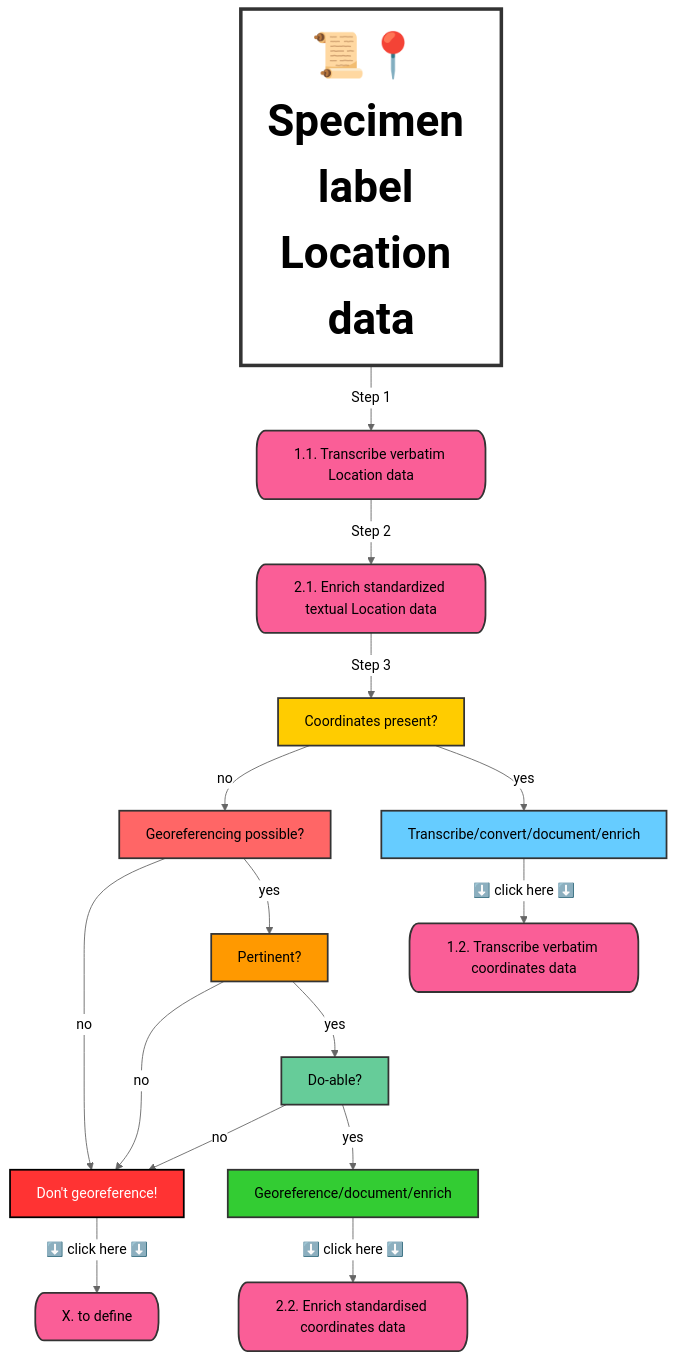
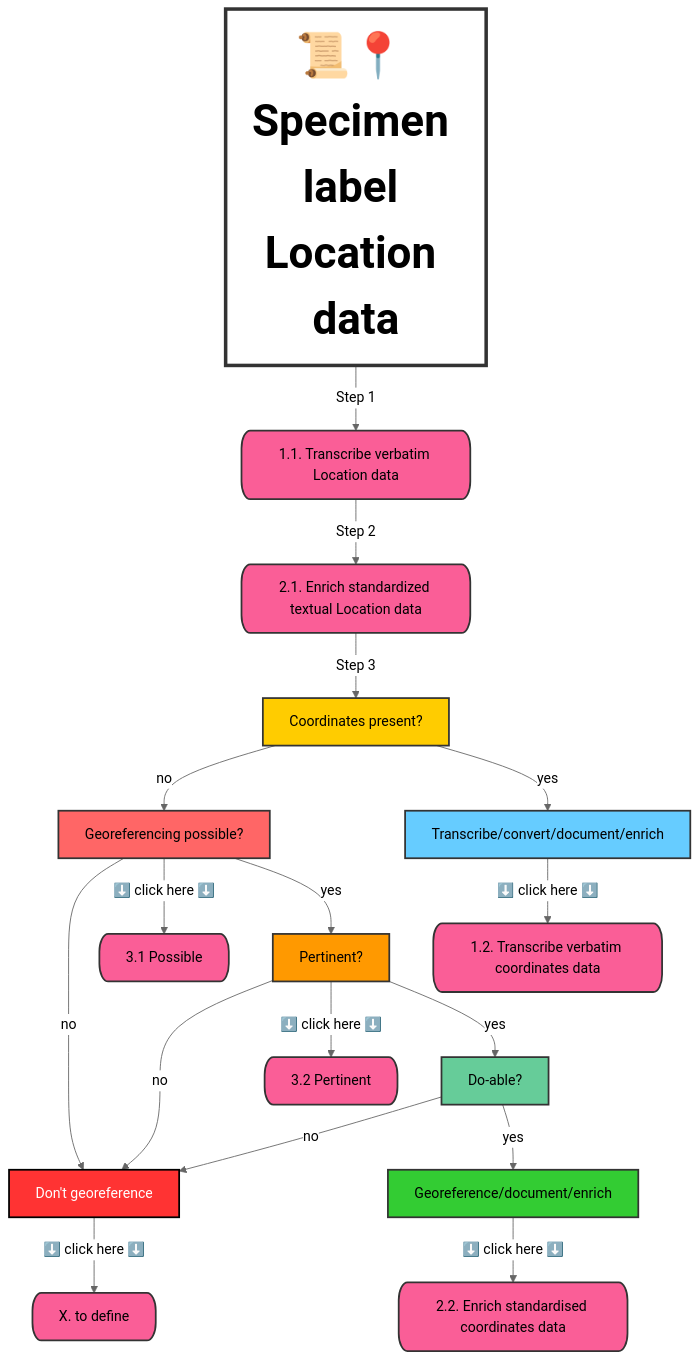
One commit to gbif/hp-swissnatcoll changed the diagram in en/thematicCommunities/GEOREFERENCING/geo_protocole.md. Above: the diagram before and after it, drawn with Mermaid (neutral theme).

```diff
--- a/en/thematicCommunities/GEOREFERENCING/geo_protocole.md
+++ b/en/thematicCommunities/GEOREFERENCING/geo_protocole.md
@@ -36,41 +36,48 @@
 <div class="mermaid">
 graph TD;
     Start[📜📍 Specimen label Location data] --> |Step 1| Step1[1.1. Transcribe verbatim Location data];
     Step1 --> |Step 2| Step2[2.1. Enrich standardized textual Location data];
 
     %% Decision Graph in Step 3
-    Step2 --> |Step 3| A[Coordinates present?];
-    A[Coordinates present?] -->|no| B[Georeferencing possible?];
-    A -->|yes| C[Transcribe/convert/document/enrich];
-    B --> |no| D[Don't georeference!];
-    B --> |yes| E[Pertinent?];
-    E --> |no| D;
-    E --> |yes| F[Do-able?];
-    F --> |no| D;
-    F --> |yes| G[Georeference/document/enrich];
-    C -->|⬇️ ️click here ⬇️| H[1.2. Transcribe verbatim coordinates data];
-    G -->|⬇️ ️click here ⬇️| I[2.2. Enrich standardised coordinates data];
-    D -->|⬇️ ️click here ⬇️| J[X. to define];
+    Step2 --> |Step 3| HasCoord[Coordinates present?];
+    HasCoord[Coordinates present?] -->|no| GeoPoss[Georeferencing possible?];
+    HasCoord -->|yes| TransVerbCoo[Transcribe/convert/document/enrich];
+    GeoPoss --> |no| NoGeoref[Don't georeference];
+    GeoPoss -->|⬇️ click here ⬇️| Link3[3.1 Possible];
+    GeoPoss --> |yes| GeorefPert[Pertinent?];
+    GeorefPert --> |no| NoGeoref;
+    GeorefPert -->|⬇️ click here ⬇️| Link4[3.2 Pertinent];
+    GeorefPert --> |yes| GeorefDoable[Do-able?];
+    GeorefDoable --> |no| NoGeoref;
+    GeorefDoable --> |yes| Georef[Georeference/document/enrich];
+    TransVerbCoo -->|⬇️ click here ⬇️| Link1[1.2. Transcribe verbatim coordinates data];
+    Georef -->|⬇️ click here ⬇️| Link2[2.2. Enrich standardised coordinates data];
+    NoGeoref -->|⬇️ click here ⬇️| Link5[X. to define];
 
     %% Apply Colors
     style Start fill:#FFFFFF,stroke:#333,stroke-width:4px,font-weight:bold,font-size:50px;;
-    style A fill:#ffcc00,stroke:#333,stroke-width:2px;
-    style B fill:#ff6666,stroke:#333,stroke-width:2px;
-    style C fill:#66ccff,stroke:#333,stroke-width:2px;
-    style D fill:#ff3333,stroke:#000,stroke-width:2px,color:white;
-    style E fill:#ff9900,stroke:#333,stroke-width:2px;
-    style F fill:#66cc99,stroke:#333,stroke-width:2px;
-    style G fill:#33cc33,stroke:#333,stroke-width:2px;
-    style H fill:#FA5E97,stroke:#333,stroke-width:2px,rx:10px,ry:20px;
-    style I fill:#FA5E97,stroke:#333,stroke-width:2px,rx:10px,ry:20px;
-    style J fill:#FA5E97,stroke:#333,stroke-width:2px,rx:10px,ry:20px;
+    style HasCoord fill:#ffcc00,stroke:#333,stroke-width:2px;
+    style GeoPoss fill:#ff6666,stroke:#333,stroke-width:2px;
+    style TransVerbCoo fill:#66ccff,stroke:#333,stroke-width:2px;
+    style NoGeoref fill:#ff3333,stroke:#000,stroke-width:2px,color:white;
+    style GeorefPert fill:#ff9900,stroke:#333,stroke-width:2px;
+    style GeorefDoable fill:#66cc99,stroke:#333,stroke-width:2px;
+    style Georef fill:#33cc33,stroke:#333,stroke-width:2px;
+    style Link1 fill:#FA5E97,stroke:#333,stroke-width:2px,rx:10px,ry:20px;
+    style Link2 fill:#FA5E97,stroke:#333,stroke-width:2px,rx:10px,ry:20px;
+    style Link3 fill:#FA5E97,stroke:#333,stroke-width:2px,rx:10px,ry:20px;
+    style Link4 fill:#FA5E97,stroke:#333,stroke-width:2px,rx:10px,ry:20px;
+    style Link5 fill:#FA5E97,stroke:#333,stroke-width:2px,rx:10px,ry:20px;
     style Step1 fill:#FA5E97,stroke:#333,stroke-width:2px,rx:10px,ry:20px;
     style Step2 fill:#FA5E97,stroke:#333,stroke-width:2px,rx:10px,ry:20px;
 
     
     %% Define the hyperlink
-    click H "/en/geo-protocole#12-transcribe-verbatim-coordinates-data"
-    click I "/en/geo-protocole#22-enrich-standardised-coordinates-data"
+    click Link1 "/en/geo-protocole#12-transcribe-verbatim-coordinates-data"
+    click Link2 "/en/geo-protocole#22-enrich-standardised-coordinates-data"
+    click Link3 "/en/geo-protocole#31-possible"
+    click Link4 "/en/geo-protocole#31-pertinent"
+    click Link5 "/en/geo-protocole"
     click Step1 "/en/geo-protocole#11-step-1-transcribe-verbatim-location-data"
     click Step2 "/en/geo-protocole#21-enrich-standardised-textual-location-data"
 </div>
```
